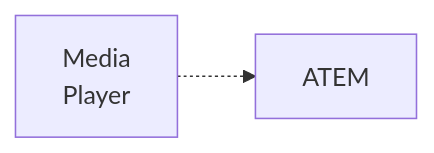
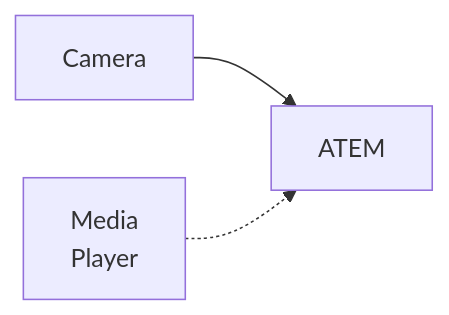
One commit to mathias-ewald/atem-setup changed the fifth of 6 diagrams in 04-usecases.md. Above: the diagram before and after it, drawn with Mermaid. The commit also changed other lines of this file and 9 other files, not shown here.

````diff
--- a/04-usecases.md
+++ b/04-usecases.md
@@ -123,4 +132,5 @@
 ```mermaid {scale: 1.5}
 flowchart LR
+Camera --> ATEM
 MP[Media\nPlayer] -.-> ATEM
 ```
````
